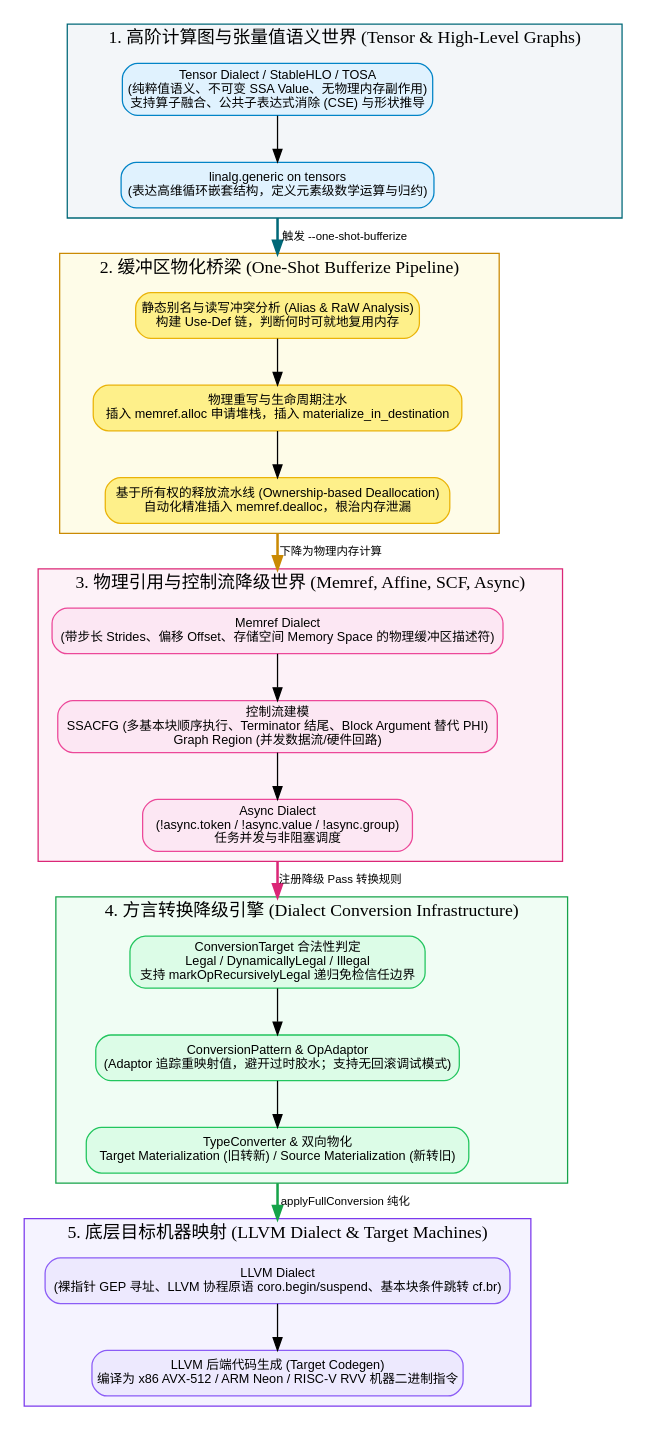
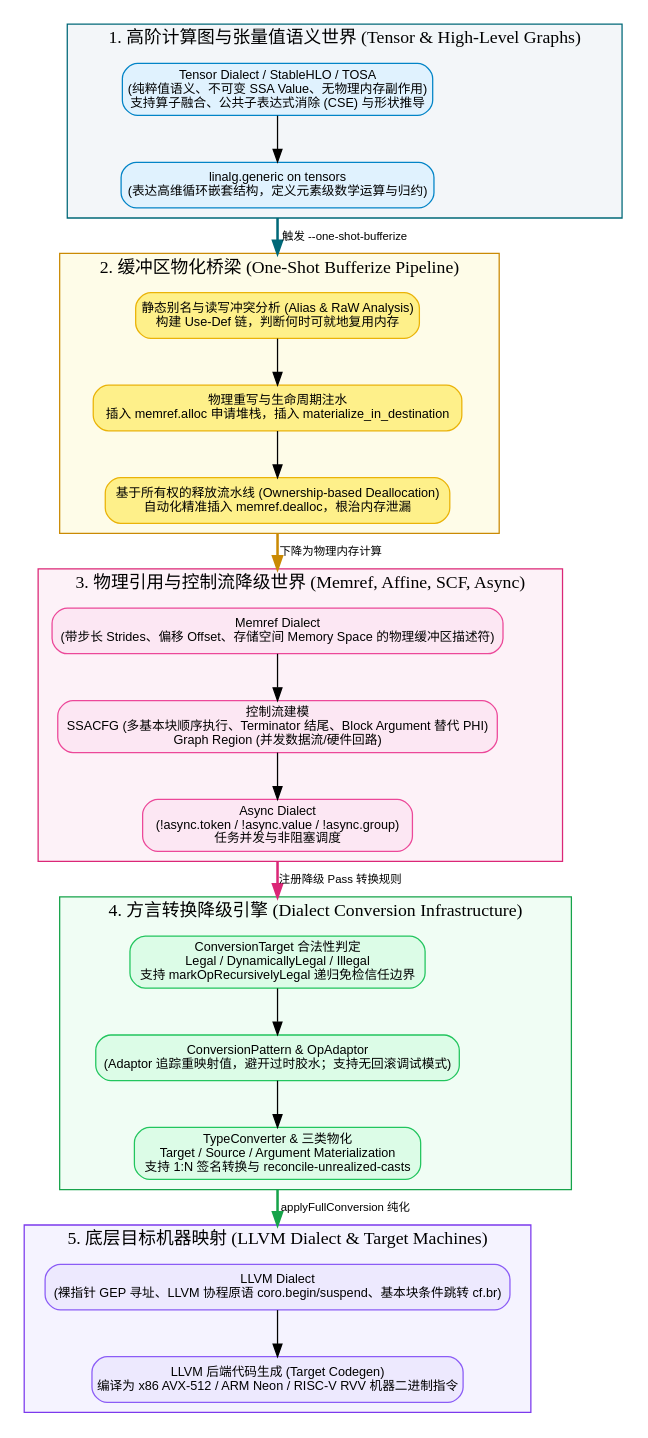
One commit to hqu-little-boy/blog changed diagram 18 of 18 in src/content/posts/mlir-dialect-system-and-conversion-infrastructure-guide.md. Above: the diagram before and after it, drawn with Graphviz. The commit also changed other lines of this file, not shown here.

````diff
--- a/src/content/posts/mlir-dialect-system-and-conversion-infrastructure-guide.md
+++ b/src/content/posts/mlir-dialect-system-and-conversion-infrastructure-guide.md
@@ -808,77 +974,77 @@
 ```graphviz
 digraph MLIRComprehensiveArchitecture {
     rankdir=TB;
     compound=true;
     newrank=true;
     node [shape=box, style="rounded,filled", fontname="sans-serif", fontsize=10];
     edge [fontname="sans-serif", fontsize=9];
 
     subgraph cluster_frontend {
         label = "1. 高阶计算图与张量值语义世界 (Tensor & High-Level Graphs)";
         style = "filled";
         fillcolor = "#f3f6f9";
         color = "#006878";
 
         TensorOps [label="Tensor Dialect / StableHLO / TOSA\n(纯粹值语义、不可变 SSA Value、无物理内存副作用)\n支持算子融合、公共子表达式消除 (CSE) 与形状推导", fillcolor="#e0f2fe", color="#0284c7"];
         LinalgOnTensors [label="linalg.generic on tensors\n(表达高维循环嵌套结构，定义元素级数学运算与归约)", fillcolor="#e0f2fe", color="#0284c7"];
         
         TensorOps -> LinalgOnTensors;
     }
 
     subgraph cluster_bufferization {
         label = "2. 缓冲区物化桥梁 (One-Shot Bufferize Pipeline)";
         style = "filled";
         fillcolor = "#fefce8";
         color = "#ca8a04";
 
         AnalysisPhase [label="静态别名与读写冲突分析 (Alias & RaW Analysis)\n构建 Use-Def 链，判断何时可就地复用内存", fillcolor="#fef08a", color="#eab308"];
         RewritePhase [label="物理重写与生命周期注水\n插入 memref.alloc 申请堆栈，插入 materialize_in_destination", fillcolor="#fef08a", color="#eab308"];
         DeallocPipeline [label="基于所有权的释放流水线 (Ownership-based Deallocation)\n自动化精准插入 memref.dealloc，根治内存泄漏", fillcolor="#fef08a", color="#eab308"];
 
         AnalysisPhase -> RewritePhase -> DeallocPipeline;
     }
 
     subgraph cluster_memref_world {
         label = "3. 物理引用与控制流降级世界 (Memref, Affine, SCF, Async)";
         style = "filled";
         fillcolor = "#fdf2f8";
         color = "#db2777";
 
         MemrefOps [label="Memref Dialect\n(带步长 Strides、偏移 Offset、存储空间 Memory Space 的物理缓冲区描述符)", fillcolor="#fce7f3", color="#ec4899"];
         ControlFlowOps [label="控制流建模\nSSACFG (多基本块顺序执行、Terminator 结尾、Block Argument 替代 PHI)\nGraph Region (并发数据流/硬件回路)", fillcolor="#fce7f3", color="#ec4899"];
         AsyncDialect [label="Async Dialect\n(!async.token / !async.value / !async.group)\n任务并发与非阻塞调度", fillcolor="#fce7f3", color="#ec4899"];
         
         MemrefOps -> ControlFlowOps -> AsyncDialect;
     }
 
     subgraph cluster_dialect_conversion {
         label = "4. 方言转换降级引擎 (Dialect Conversion Infrastructure)";
         style = "filled";
         fillcolor = "#f0fdf4";
         color = "#16a34a";
 
         TargetRule [label="ConversionTarget 合法性判定\nLegal / DynamicallyLegal / Illegal\n支持 markOpRecursivelyLegal 递归免检信任边界", fillcolor="#dcfce7", color="#22c55e"];
         RewritePatterns [label="ConversionPattern & OpAdaptor\n(Adaptor 追踪重映射值，避开过时胶水；支持无回滚调试模式)", fillcolor="#dcfce7", color="#22c55e"];
-        TypeConverterRule [label="TypeConverter & 双向物化\nTarget Materialization (旧转新) / Source Materialization (新转旧)", fillcolor="#dcfce7", color="#22c55e"];
+        TypeConverterRule [label="TypeConverter & 三类物化\nTarget / Source / Argument Materialization\n支持 1:N 签名转换与 reconcile-unrealized-casts", fillcolor="#dcfce7", color="#22c55e"];
 
         TargetRule -> RewritePatterns -> TypeConverterRule;
     }
 
     subgraph cluster_backend {
         label = "5. 底层目标机器映射 (LLVM Dialect & Target Machines)";
         style = "filled";
         fillcolor = "#f5f3ff";
         color = "#7c3aed";
 
         LLVMDialect [label="LLVM Dialect\n(裸指针 GEP 寻址、LLVM 协程原语 coro.begin/suspend、基本块条件跳转 cf.br)", fillcolor="#ede9fe", color="#8b5cf6"];
         MachineCode [label="LLVM 后端代码生成 (Target Codegen)\n编译为 x86 AVX-512 / ARM Neon / RISC-V RVV 机器二进制指令", fillcolor="#ede9fe", color="#8b5cf6"];
 
         LLVMDialect -> MachineCode;
     }
 
     LinalgOnTensors -> AnalysisPhase [lhead=cluster_bufferization, ltail=cluster_frontend, label=" 触发 --one-shot-bufferize", style="bold", color="#006878"];
     DeallocPipeline -> MemrefOps [lhead=cluster_memref_world, ltail=cluster_bufferization, label=" 下降为物理内存计算", style="bold", color="#ca8a04"];
     AsyncDialect -> TargetRule [lhead=cluster_dialect_conversion, ltail=cluster_memref_world, label=" 注册降级 Pass 转换规则", style="bold", color="#db2777"];
     TypeConverterRule -> LLVMDialect [lhead=cluster_backend, ltail=cluster_dialect_conversion, label=" applyFullConversion 纯化", style="bold", color="#16a34a"];
 }
 ```
````
